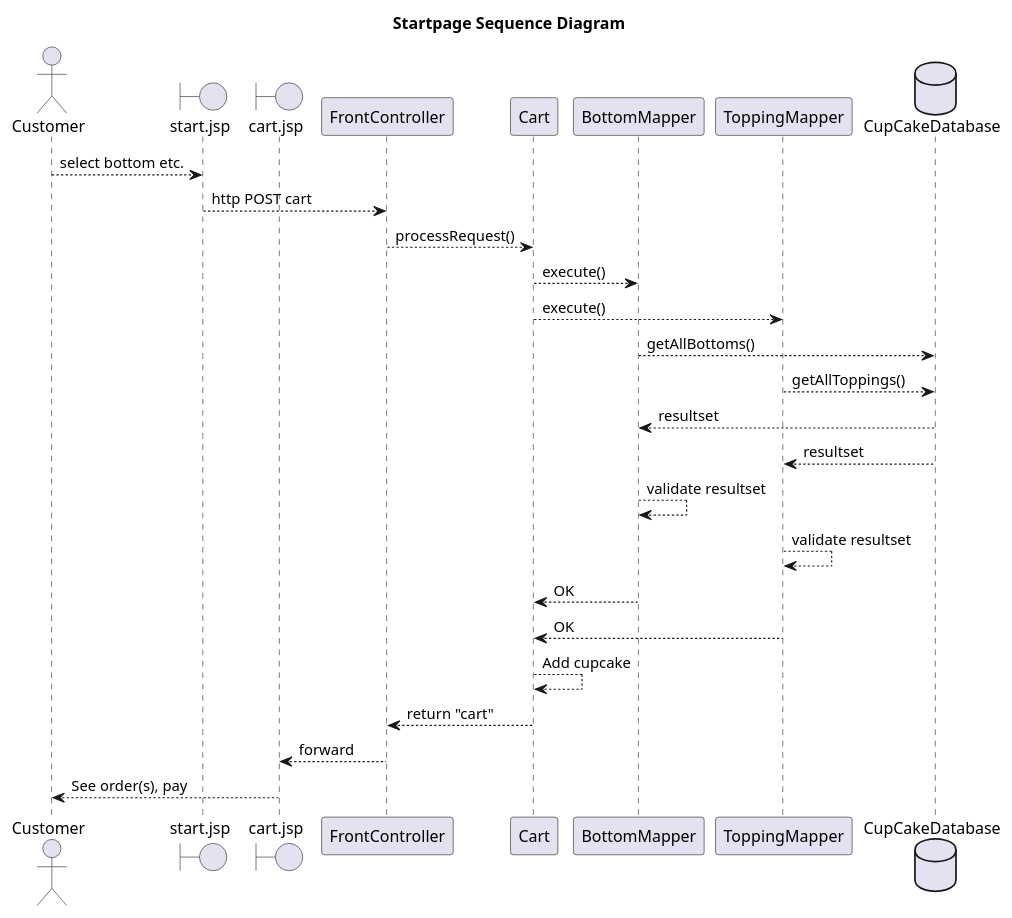
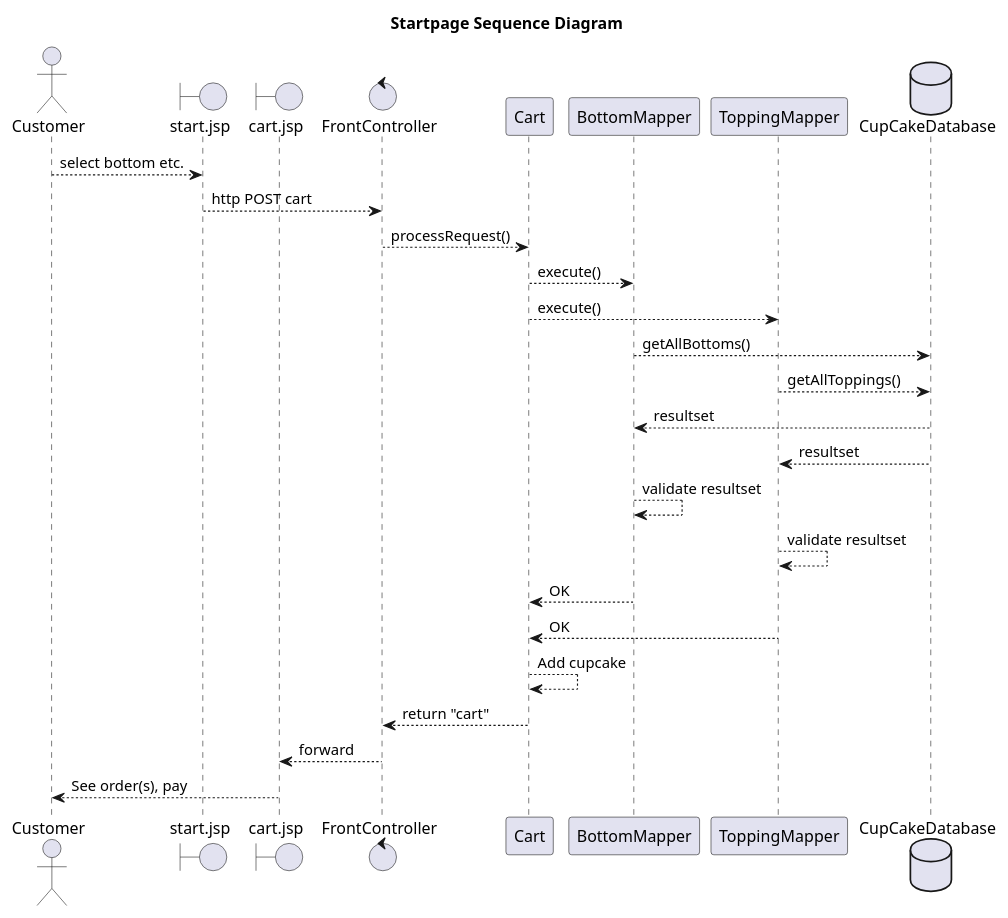
One commit to benskov95/Cupcake_Webshop changed the diagram in src/main/PlantUML Diagrams/Sequence Diagrams/Startpage Sequence Diagram.puml. Above: the diagram before and after it, drawn with PlantUML. The commit also changed 4 other files, not shown here.

Commit message:
Tilføjet alle mapper metoder til LogicFacade, UML diagrammer er ikke færdige

```diff
--- a/src/main/PlantUML Diagrams/Sequence Diagrams/Startpage Sequence Diagram.puml
+++ b/src/main/PlantUML Diagrams/Sequence Diagrams/Startpage Sequence Diagram.puml
@@ -1,30 +1,30 @@
 @startuml
 title Startpage Sequence Diagram
 actor Customer
 boundary start.jsp
 boundary cart.jsp
-participant FrontController
+control FrontController
 participant Cart
 participant BottomMapper
 Participant ToppingMapper
 Database CupCakeDatabase
 
 Customer --> start.jsp : select bottom etc.
 start.jsp --> FrontController : http POST cart
 FrontController --> Cart : processRequest()
 Cart --> BottomMapper : execute()
 Cart --> ToppingMapper : execute()
 BottomMapper --> CupCakeDatabase : getAllBottoms()
 ToppingMapper --> CupCakeDatabase : getAllToppings()
 CupCakeDatabase --> BottomMapper : resultset
 CupCakeDatabase --> ToppingMapper : resultset
 BottomMapper --> BottomMapper : validate resultset
 ToppingMapper --> ToppingMapper : validate resultset
 BottomMapper --> Cart : OK
 ToppingMapper --> Cart : OK
 Cart --> Cart : Add cupcake
 Cart --> FrontController : return "cart"
 FrontController --> cart.jsp : forward
 cart.jsp --> Customer : See order(s), pay
 
 @enduml
```
